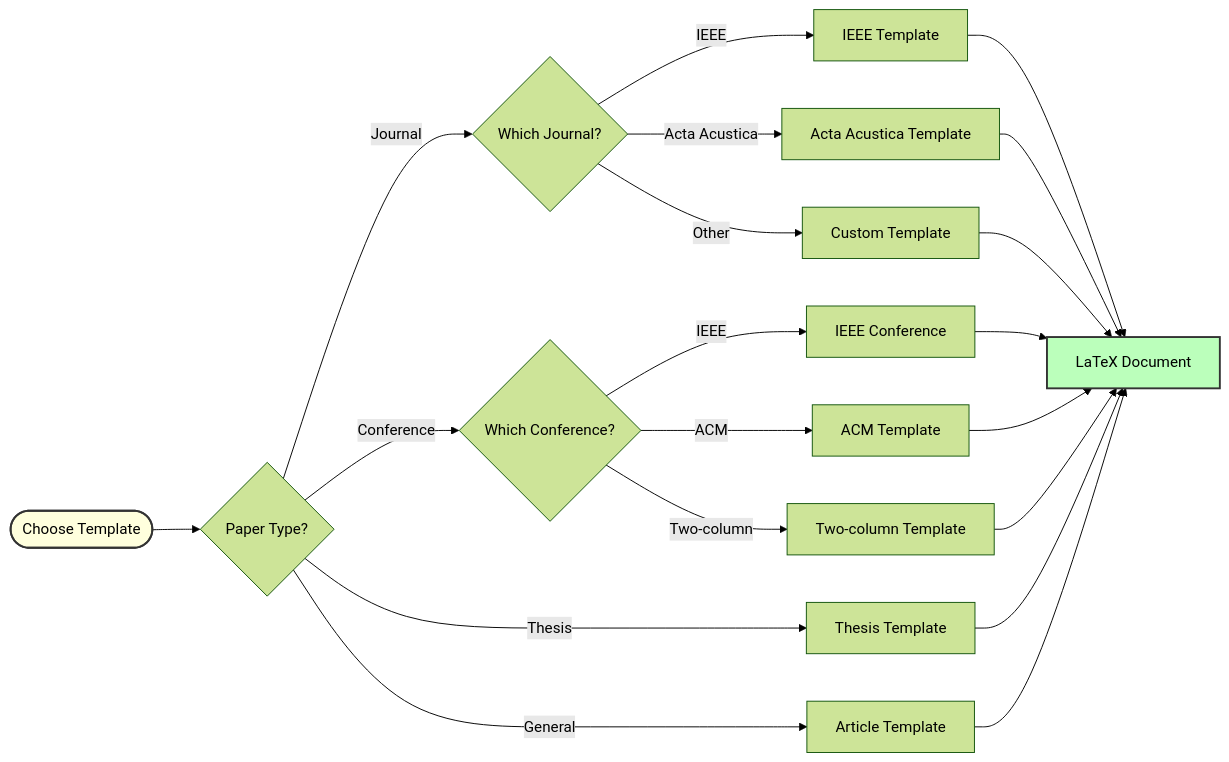
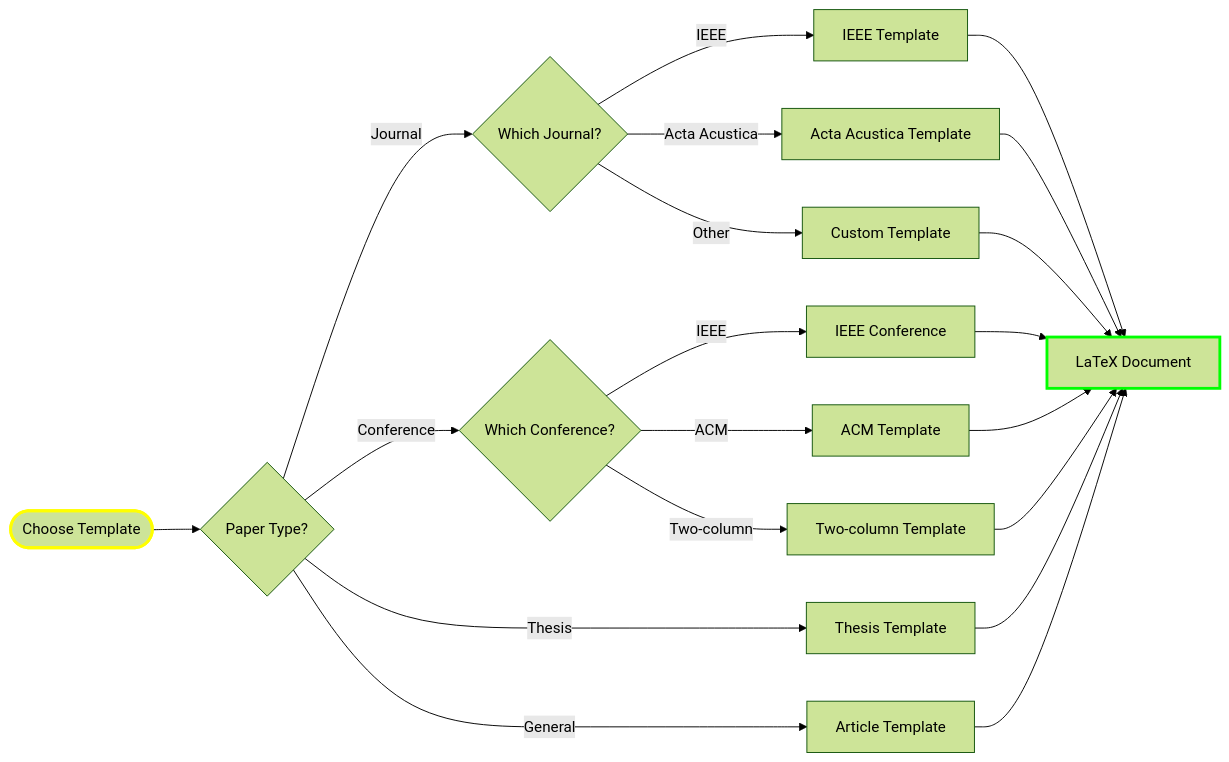
One commit to Ziforge/jupyter-overleaf-workflow changed the sixth of 10 diagrams in docs/DIAGRAMS.md. Above: the diagram before and after it, drawn with Mermaid (forest theme). The commit also changed other lines of this file and 1 other file, not shown here.

First line of the commit message:
Update Mermaid diagrams to use colored borders only

````diff
--- a/docs/DIAGRAMS.md
+++ b/docs/DIAGRAMS.md
@@ -165,29 +165,29 @@
 ```mermaid
 graph LR
     Start([Choose Template]) --> Type{Paper Type?}
 
     Type --> |Journal| Journal{Which Journal?}
     Type --> |Conference| Conf{Which Conference?}
     Type --> |Thesis| Thesis[Thesis Template]
     Type --> |General| Article[Article Template]
 
     Journal --> |IEEE| IEEE[IEEE Template]
     Journal --> |Acta Acustica| Acta[Acta Acustica Template]
     Journal --> |Other| Custom[Custom Template]
 
     Conf --> |IEEE| IEEEConf[IEEE Conference]
     Conf --> |ACM| ACM[ACM Template]
     Conf --> |Two-column| TwoCol[Two-column Template]
 
     IEEE --> Format[LaTeX Document]
     Acta --> Format
     Custom --> Format
     IEEEConf --> Format
     ACM --> Format
     TwoCol --> Format
     Thesis --> Format
     Article --> Format
 
-    style Start fill:#ffd,stroke:#333,stroke-width:2px
-    style Format fill:#bfb,stroke:#333,stroke-width:2px
+    style Start stroke:#ff0,stroke-width:3px
+    style Format stroke:#0f0,stroke-width:3px
 ```
````
